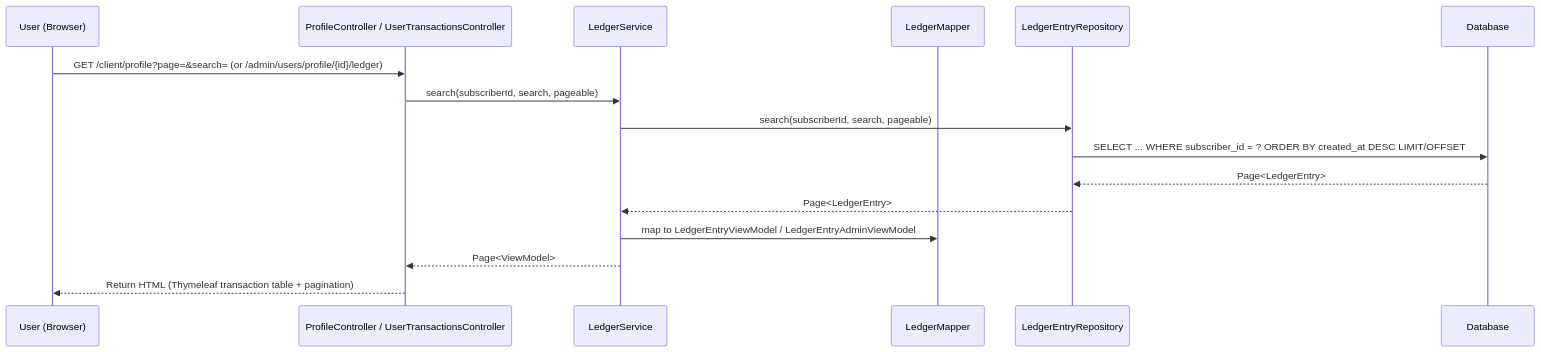
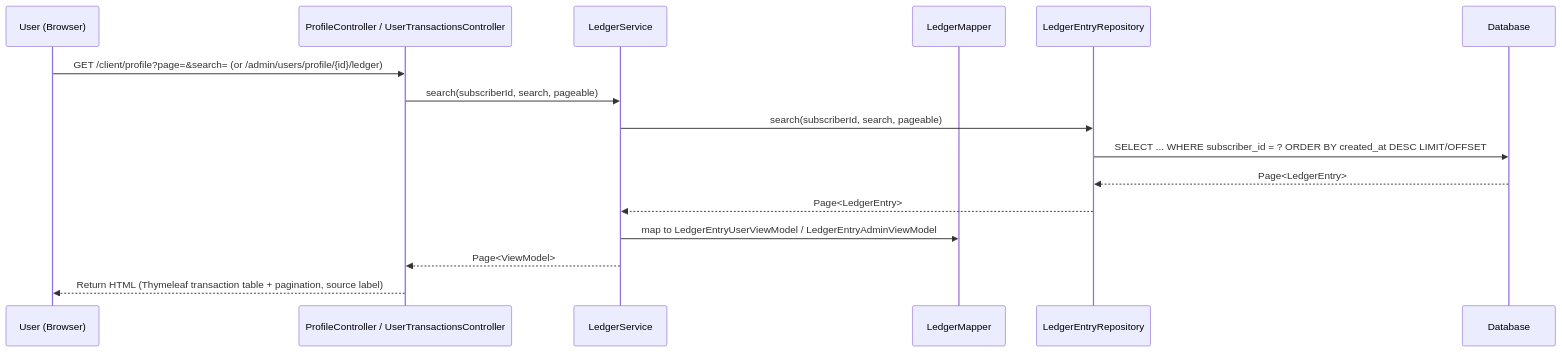
One commit to m000gg/unit-billing changed the second of 2 diagrams in docs/features/transaction-history-5.md. Above: the diagram before and after it, drawn with Mermaid. The commit also changed other lines of this file and 14 other files, not shown here.

````diff
--- a/docs/features/transaction-history-5.md
+++ b/docs/features/transaction-history-5.md
@@ -69,19 +77,19 @@
 ```mermaid
 sequenceDiagram
     participant User (Browser)
     participant Controller as ProfileController / UserTransactionsController
     participant Service as LedgerService
     participant Mapper as LedgerMapper
     participant Repository as LedgerEntryRepository
     participant Database
 
     User (Browser)->>Controller: GET /client/profile?page=&search= (or /admin/users/profile/{id}/ledger)
     Controller->>Service: search(subscriberId, search, pageable)
     Service->>Repository: search(subscriberId, search, pageable)
     Repository->>Database: SELECT ... WHERE subscriber_id = ? ORDER BY created_at DESC LIMIT/OFFSET
     Database-->>Repository: Page<LedgerEntry>
     Repository-->>Service: Page<LedgerEntry>
-    Service->>Mapper: map to LedgerEntryViewModel / LedgerEntryAdminViewModel
+    Service->>Mapper: map to LedgerEntryUserViewModel / LedgerEntryAdminViewModel
     Service-->>Controller: Page<ViewModel>
-    Controller-->>User (Browser): Return HTML (Thymeleaf transaction table + pagination)
+    Controller-->>User (Browser): Return HTML (Thymeleaf transaction table + pagination, source label)
 ```
````
